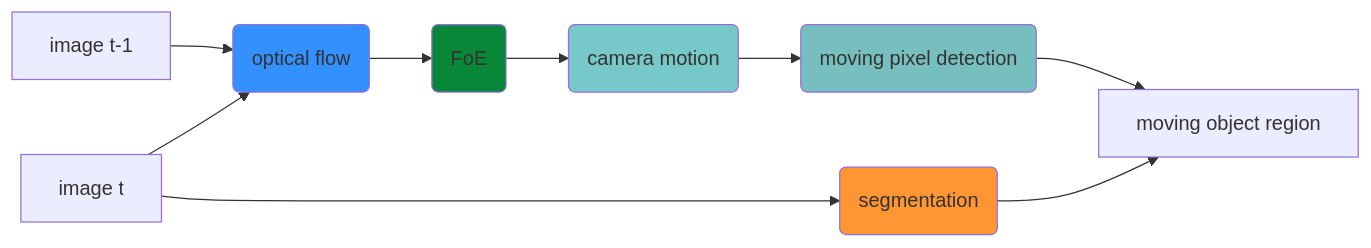
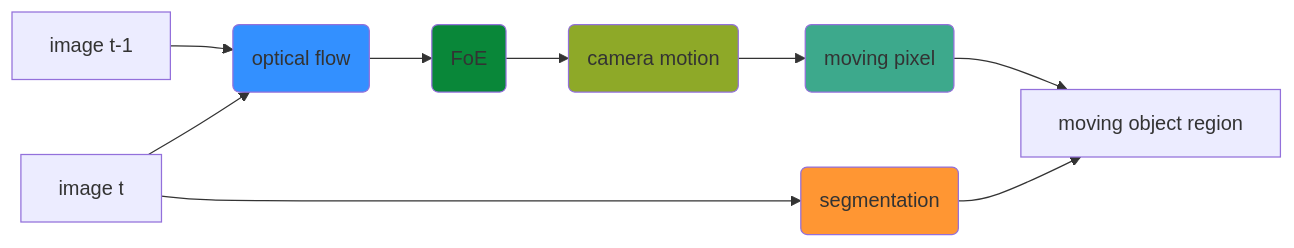
One commit to MasahiroOgawa/reconstruct4D changed the diagram in doc/flowchart_whole.md. Above: the diagram before and after it, drawn with Mermaid. The commit also changed 2 other files, not shown here.

Commit message:
change flowchart color

````diff
--- a/doc/flowchart_whole.md
+++ b/doc/flowchart_whole.md
@@ -1,17 +1,17 @@
 ```mermaid
 flowchart LR
     imgt-1[image t-1] --> flow(optical flow)
     imgt[image t] --> flow
     flow --> foe(FoE)
     foe --> cam(camera motion)
-    cam --> movpix(moving pixel detection)
+    cam --> movpix(moving pixel)
     imgt --> seg(segmentation)
     movpix --> mov[moving object region]
     seg --> mov
 
     style flow fill:#3390FF
     style foe fill:#098739
-    style cam fill: #0998
-    style movpix fill: #0888
+    style cam fill: #8EA928
+    style movpix fill: #3DA98C
     style seg fill:#FF9633
 ```
````
